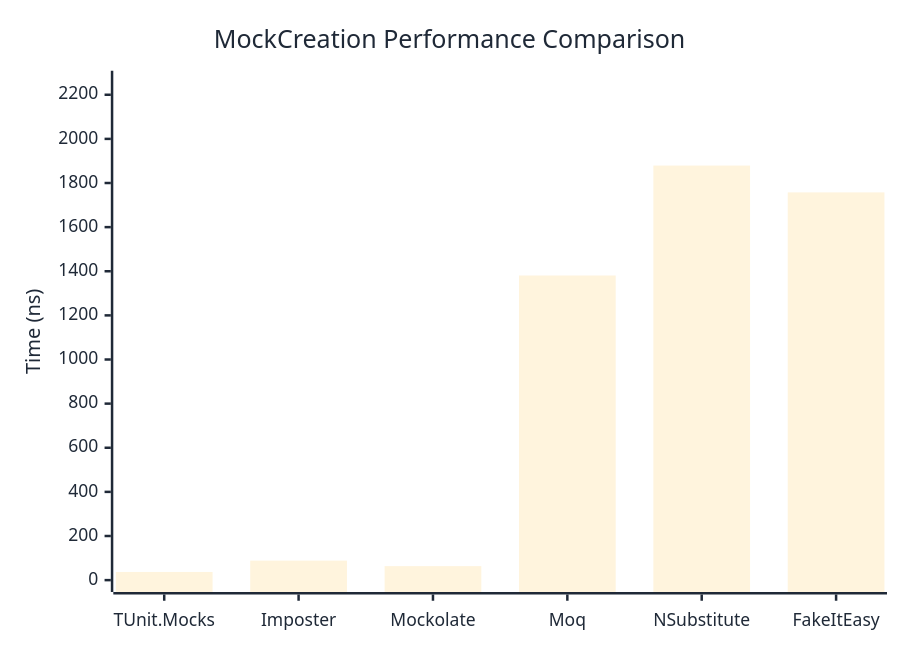
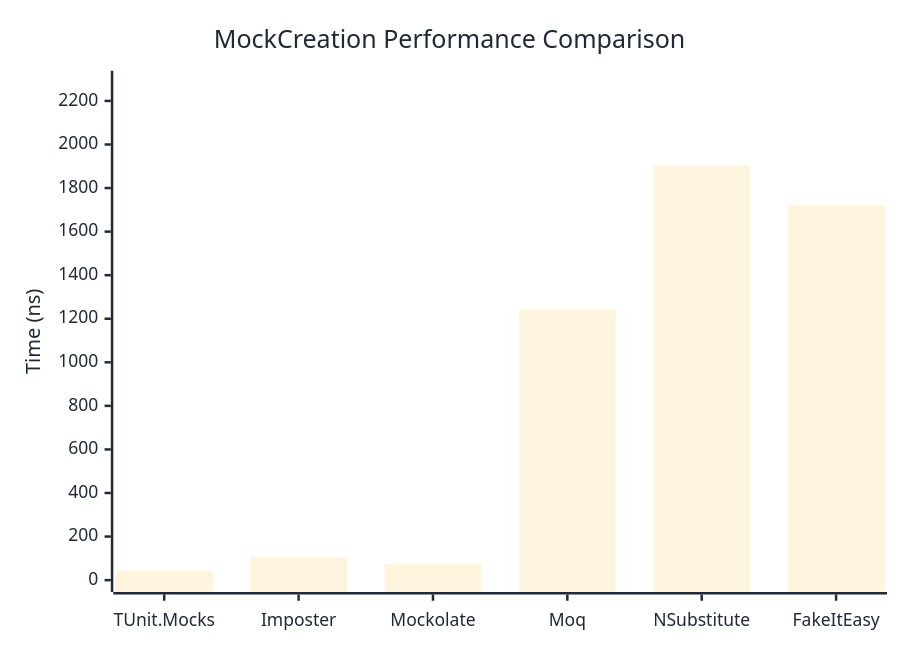
The first of 2 diagrams in docs/docs/benchmarks/mocks/MockCreation.md (thomhurst/TUnit), drawn with Mermaid before and after one commit. The commit also changed other lines of this file and 14 other files, not shown here.

````diff
--- a/docs/docs/benchmarks/mocks/MockCreation.md
+++ b/docs/docs/benchmarks/mocks/MockCreation.md
@@ -28,27 +28,27 @@
 ```mermaid
 %%{init: {
   'theme':'base',
   'themeVariables': {
     'primaryColor': '#2563eb',
     'primaryTextColor': '#1f2937',
     'primaryBorderColor': '#1e40af',
     'lineColor': '#6b7280',
     'secondaryColor': '#7c3aed',
     'tertiaryColor': '#dc2626',
     'background': '#ffffff',
     'pie1': '#2563eb',
     'pie2': '#7c3aed',
     'pie3': '#dc2626',
     'pie4': '#f59e0b',
     'pie5': '#10b981',
     'pie6': '#06b6d4',
     'pie7': '#ec4899',
     'pie8': '#6366f1'
   }
 }}%%
 xychart-beta
   title "MockCreation Performance Comparison"
   x-axis ["TUnit.Mocks", "Imposter", "Mockolate", "Moq", "NSubstitute", "FakeItEasy"]
-  y-axis "Time (ns)" 0 --> 2255
-  bar [37.02, 88.42, 63.43, 1380.79, 1879.1, 1757.45]
+  y-axis "Time (ns)" 0 --> 2284
+  bar [43.05, 105.64, 75.63, 1243.46, 1903.16, 1721.69]
 ```
````
